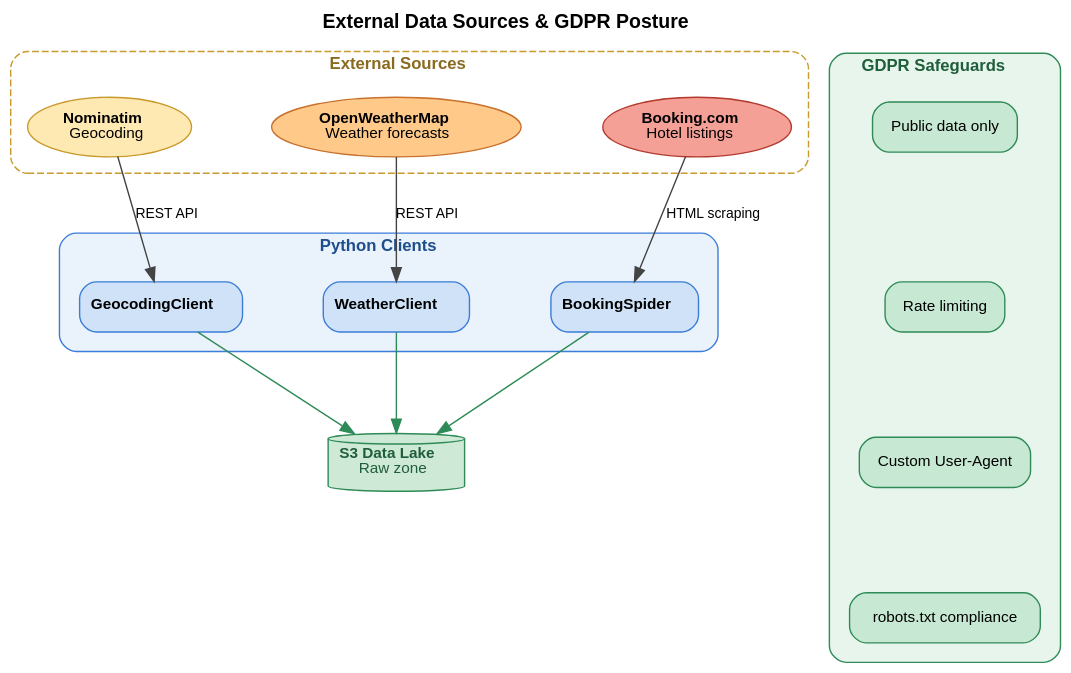
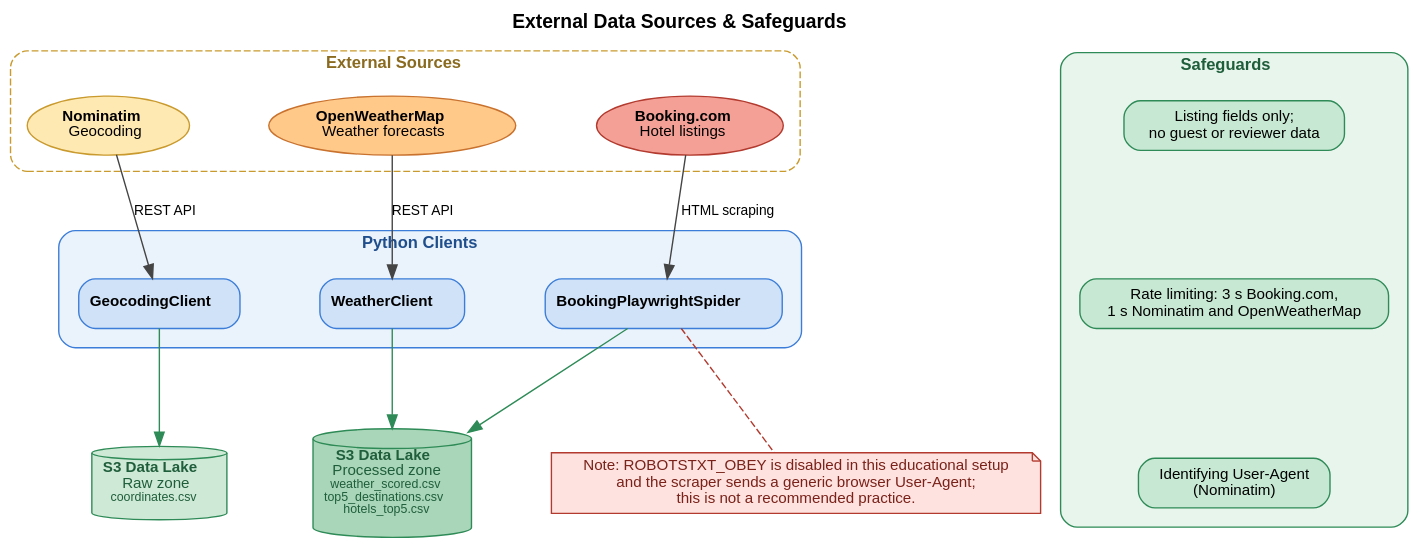
The diagram in src/assets/diagrams/sources.dot (tryph0n/edu-kayak), drawn with Graphviz before and after one commit. The commit also changed 4 other files, not shown here.

```diff
--- a/src/assets/diagrams/sources.dot
+++ b/src/assets/diagrams/sources.dot
@@ -1,107 +1,113 @@
 digraph KayakSources {
     rankdir=TB;
     bgcolor=transparent;
     fontname="Helvetica";
     fontsize=14;
     labelloc="t";
-    label=<<B>External Data Sources &amp; GDPR Posture</B>>;
+    label=<<B>External Data Sources &amp; Safeguards</B>>;
     nodesep=0.8;
     ranksep=1.0;
     margin="0.5";
 
     node [shape=box, style="rounded,filled", fontname="Helvetica", fontsize=11];
     edge [fontname="Helvetica", fontsize=10, color="#444444"];
 
     subgraph cluster_sources {
         label=<<B>External Sources</B>>;
         style="rounded,dashed";
         color="#C99A2E";
         fontcolor="#8A6A1F";
         fontname="Helvetica";
         fontsize=12;
         margin=12;
 
         nominatim [
             label=<<B>Nominatim</B><BR/>Geocoding>,
             shape=oval, fillcolor="#FFE9B3", color="#C99A2E"
         ];
         openweather [
             label=<<B>OpenWeatherMap</B><BR/>Weather forecasts>,
             shape=oval, fillcolor="#FFC98A", color="#C9722E"
         ];
         booking [
             label=<<B>Booking.com</B><BR/>Hotel listings>,
             shape=oval, fillcolor="#F5A097", color="#B23A2E"
         ];
     }
 
     subgraph cluster_clients {
         label=<<B>Python Clients</B>>;
         style="rounded,filled";
         fillcolor="#EAF2FB";
         color="#3B7DD8";
         fontcolor="#1F4E8C";
         fontname="Helvetica";
         fontsize=12;
         margin=14;
 
         geo_client [
             label=<<B>GeocodingClient</B>>,
             fillcolor="#CFE2F8", color="#3B7DD8"
         ];
         weather_client [
             label=<<B>WeatherClient</B>>,
             fillcolor="#CFE2F8", color="#3B7DD8"
         ];
         booking_spider [
-            label=<<B>BookingSpider</B>>,
+            label=<<B>BookingPlaywrightSpider</B>>,
             fillcolor="#CFE2F8", color="#3B7DD8"
         ];
     }
 
     s3_raw [
-        label=<<B>S3 Data Lake</B><BR/>Raw zone>,
+        label=<<B>S3 Data Lake</B><BR/>Raw zone<BR/><FONT POINT-SIZE="9">coordinates.csv</FONT>>,
         shape=cylinder, fillcolor="#CFE9D7", color="#2E8B57", fontcolor="#1F5E3B"
     ];
 
-    subgraph cluster_rgpd {
-        label=<<B>GDPR Safeguards</B>>;
+    s3_processed [
+        label=<<B>S3 Data Lake</B><BR/>Processed zone<BR/><FONT POINT-SIZE="9">weather_scored.csv<BR/>top5_destinations.csv<BR/>hotels_top5.csv</FONT>>,
+        shape=cylinder, fillcolor="#A9D6B8", color="#2E8B57", fontcolor="#1F5E3B"
+    ];
+
+    subgraph cluster_safeguards {
+        label=<<B>Safeguards</B>>;
         style="rounded,filled";
         fillcolor="#E8F5EC";
         color="#2E8B57";
         fontcolor="#1F5E3B";
         fontname="Helvetica";
         fontsize=12;
         margin=14;
 
-        rgpd_pii [
-            label="Public data only",
+        safeguard_scope [
+            label="Listing fields only;\nno guest or reviewer data",
             fillcolor="#C7E8D2", color="#2E8B57"
         ];
-        rgpd_rate [
-            label="Rate limiting",
+        safeguard_rate [
+            label="Rate limiting: 3 s Booking.com,\n1 s Nominatim and OpenWeatherMap",
             fillcolor="#C7E8D2", color="#2E8B57"
         ];
-        rgpd_ua [
-            label="Custom User-Agent",
-            fillcolor="#C7E8D2", color="#2E8B57"
-        ];
-        rgpd_robots [
-            label="robots.txt compliance",
+        safeguard_ua [
+            label="Identifying User-Agent\n(Nominatim)",
             fillcolor="#C7E8D2", color="#2E8B57"
         ];
 
-        rgpd_pii -> rgpd_rate [style=invis];
-        rgpd_rate -> rgpd_ua [style=invis];
-        rgpd_ua -> rgpd_robots [style=invis];
+        safeguard_scope -> safeguard_rate [style=invis];
+        safeguard_rate -> safeguard_ua [style=invis];
     }
+
+    robots_note [
+        label="Note: ROBOTSTXT_OBEY is disabled in this educational setup\nand the scraper sends a generic browser User-Agent;\nthis is not a recommended practice.",
+        shape=note, fillcolor="#FDE2DF", color="#B23A2E", fontcolor="#7A2219"
+    ];
 
     nominatim   -> geo_client     [label="REST API"];
     openweather -> weather_client [label="REST API"];
     booking     -> booking_spider [label="HTML scraping"];
 
     geo_client     -> s3_raw [color="#2E8B57"];
-    weather_client -> s3_raw [color="#2E8B57"];
-    booking_spider -> s3_raw [color="#2E8B57"];
+    weather_client -> s3_processed [color="#2E8B57"];
+    booking_spider -> s3_processed [color="#2E8B57"];
+    booking_spider -> robots_note [style=dashed, arrowhead=none, color="#B23A2E"];
 
 }
```
